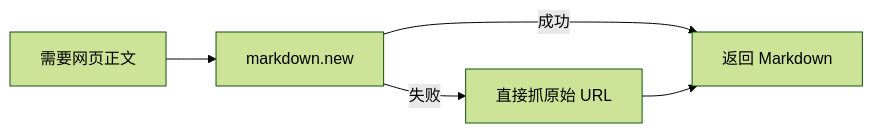
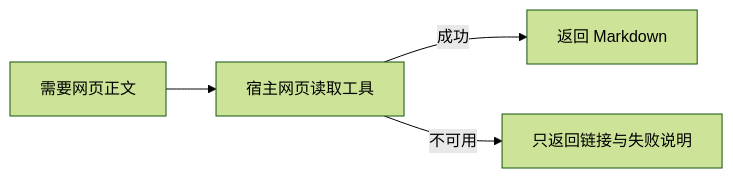
One commit to karthrand/karthrand-ai-public changed the second of 2 diagrams in skills/search-web/examples/usage.md. Above: the diagram before and after it, drawn with Mermaid (forest theme). The commit also changed other lines of this file and 3 other files, not shown here.

````diff
--- a/skills/search-web/examples/usage.md
+++ b/skills/search-web/examples/usage.md
@@ -175,7 +163,6 @@
 ```mermaid
 graph LR
-    A[需要网页正文] --> B[markdown.new]
+    A[需要网页正文] --> B[宿主网页读取工具]
     B -->|成功| C[返回 Markdown]
-    B -->|失败| D[直接抓原始 URL]
-    D --> C
+    B -->|不可用| D[只返回链接与失败说明]
 ```
````
